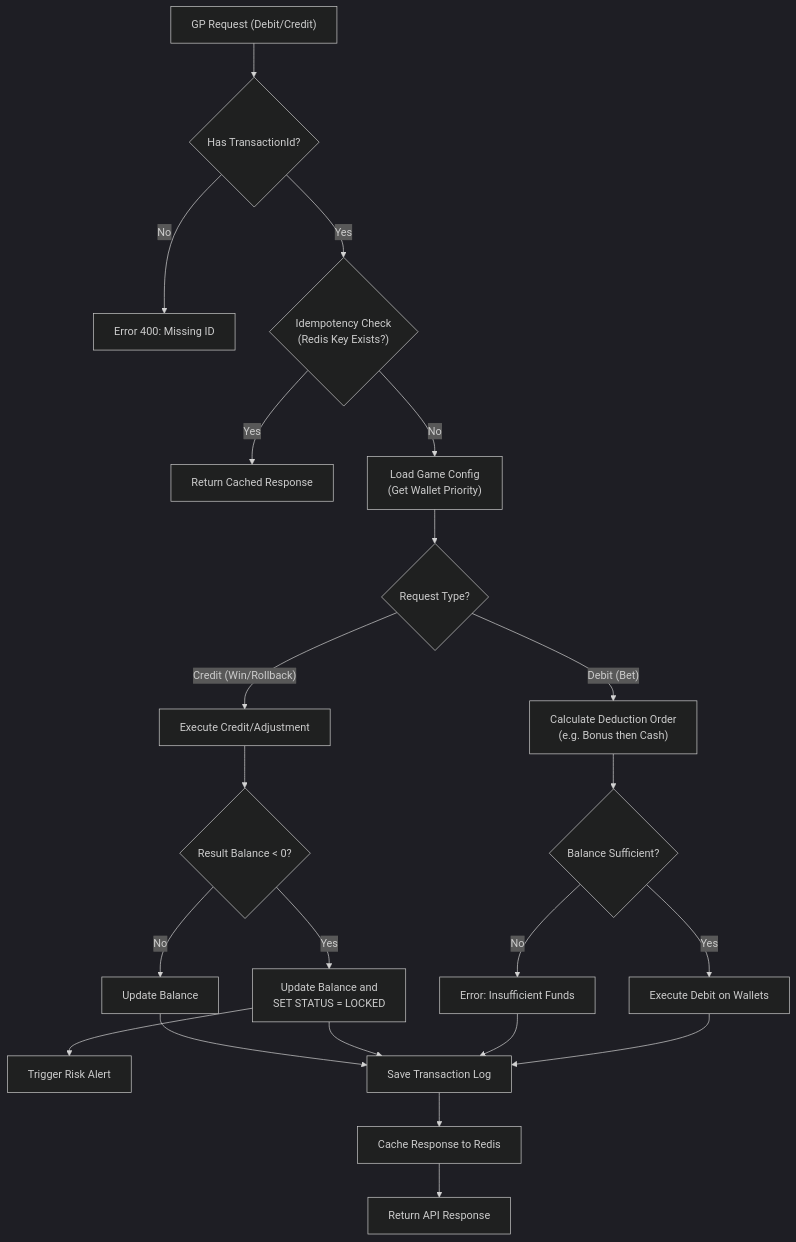
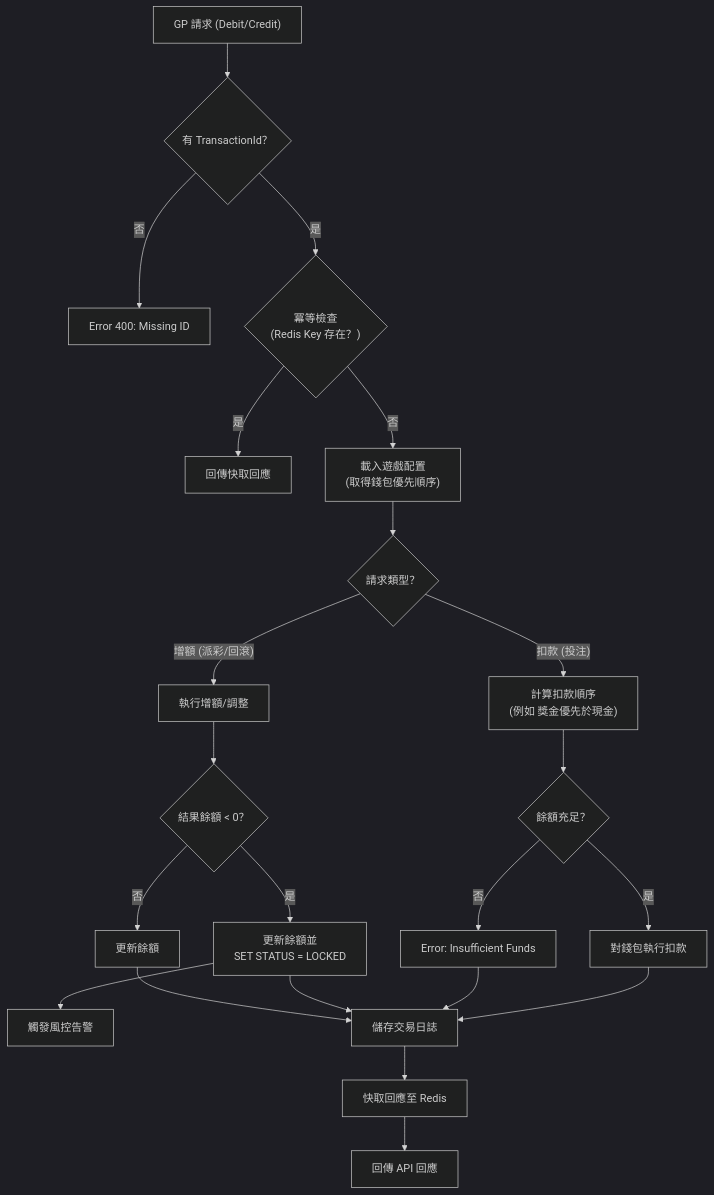
One commit to ron03wlb/smart-admin changed the seventh of 7 diagrams in docs/iGaming/architecture/02_Finance_Service/Seamless_Wallet_Analysis.md. Above: the diagram before and after it, drawn with Mermaid (dark theme). The commit also changed other lines of this file and 4 other files, not shown here.

````diff
--- a/docs/iGaming/architecture/02_Finance_Service/Seamless_Wallet_Analysis.md
+++ b/docs/iGaming/architecture/02_Finance_Service/Seamless_Wallet_Analysis.md
@@ -466,45 +466,45 @@
 ```mermaid
 flowchart TD
 
-    Req["GP Request (Debit/Credit)"] --> CheckID{"Has TransactionId?"}
+    Req["GP 請求 (Debit/Credit)"] --> CheckID{"有 TransactionId？"}
 
-    CheckID -- No --> Err400["Error 400: Missing ID"]
+    CheckID -- 否 --> Err400["Error 400: Missing ID"]
 
-    CheckID -- Yes --> CheckCache{"Idempotency Check<br/>(Redis Key Exists?)"}
+    CheckID -- 是 --> CheckCache{"冪等檢查<br/>(Redis Key 存在？)"}
 
-    CheckCache -- Yes --> ReturnCache["Return Cached Response"]
+    CheckCache -- 是 --> ReturnCache["回傳快取回應"]
 
-    CheckCache -- No --> LoadConfig["Load Game Config<br/>(Get Wallet Priority)"]
+    CheckCache -- 否 --> LoadConfig["載入遊戲配置<br/>(取得錢包優先順序)"]
 
-    LoadConfig --> TypeCheck{"Request Type?"}
+    LoadConfig --> TypeCheck{"請求類型？"}
 
-    TypeCheck -- Debit (Bet) --> CalcDeduction["Calculate Deduction Order<br/>(e.g. Bonus then Cash)"]
+    TypeCheck -- 扣款 (投注) --> CalcDeduction["計算扣款順序<br/>(例如 獎金優先於現金)"]
 
-    CalcDeduction --> CheckBal{"Balance Sufficient?"}
+    CalcDeduction --> CheckBal{"餘額充足？"}
 
-    CheckBal -- No --> ErrFund["Error: Insufficient Funds"]
+    CheckBal -- 否 --> ErrFund["Error: Insufficient Funds"]
 
-    CheckBal -- Yes --> ExecDebit["Execute Debit on Wallets"]
+    CheckBal -- 是 --> ExecDebit["對錢包執行扣款"]
 
-    TypeCheck -- Credit (Win/Rollback) --> ExecCredit["Execute Credit/Adjustment"]
+    TypeCheck -- 增額 (派彩/回滾) --> ExecCredit["執行增額/調整"]
 
-    ExecCredit --> CheckNeg{"Result Balance < 0?"}
+    ExecCredit --> CheckNeg{"結果餘額 < 0？"}
 
-    CheckNeg -- Yes --> LockAcc["Update Balance and<br/>SET STATUS = LOCKED"]
+    CheckNeg -- 是 --> LockAcc["更新餘額並<br/>SET STATUS = LOCKED"]
 
-    LockAcc --> AlertRisk["Trigger Risk Alert"]
+    LockAcc --> AlertRisk["觸發風控告警"]
 
-    CheckNeg -- No --> NormalUpdate["Update Balance"]
+    CheckNeg -- 否 --> NormalUpdate["更新餘額"]
 
-    ExecDebit --> SaveTx["Save Transaction Log"]
+    ExecDebit --> SaveTx["儲存交易日誌"]
 
     ErrFund --> SaveTx
 
     LockAcc --> SaveTx
 
     NormalUpdate --> SaveTx
 
-    SaveTx --> CacheRes["Cache Response to Redis"]
+    SaveTx --> CacheRes["快取回應至 Redis"]
 
-    CacheRes --> Resp["Return API Response"]
+    CacheRes --> Resp["回傳 API 回應"]
 ```
````
